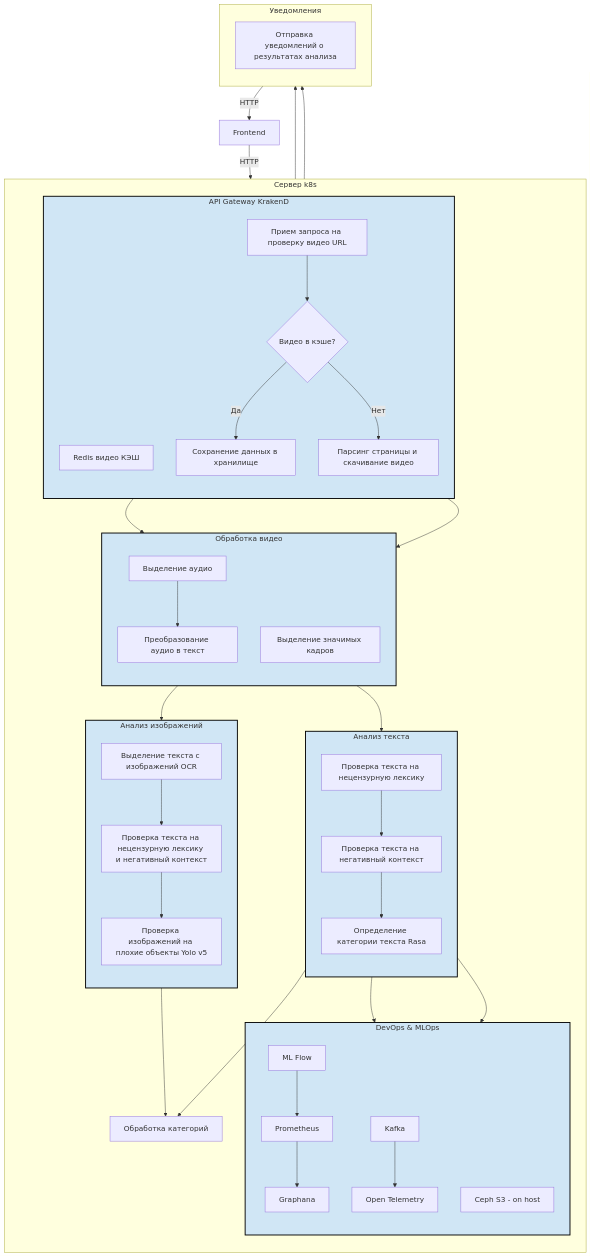
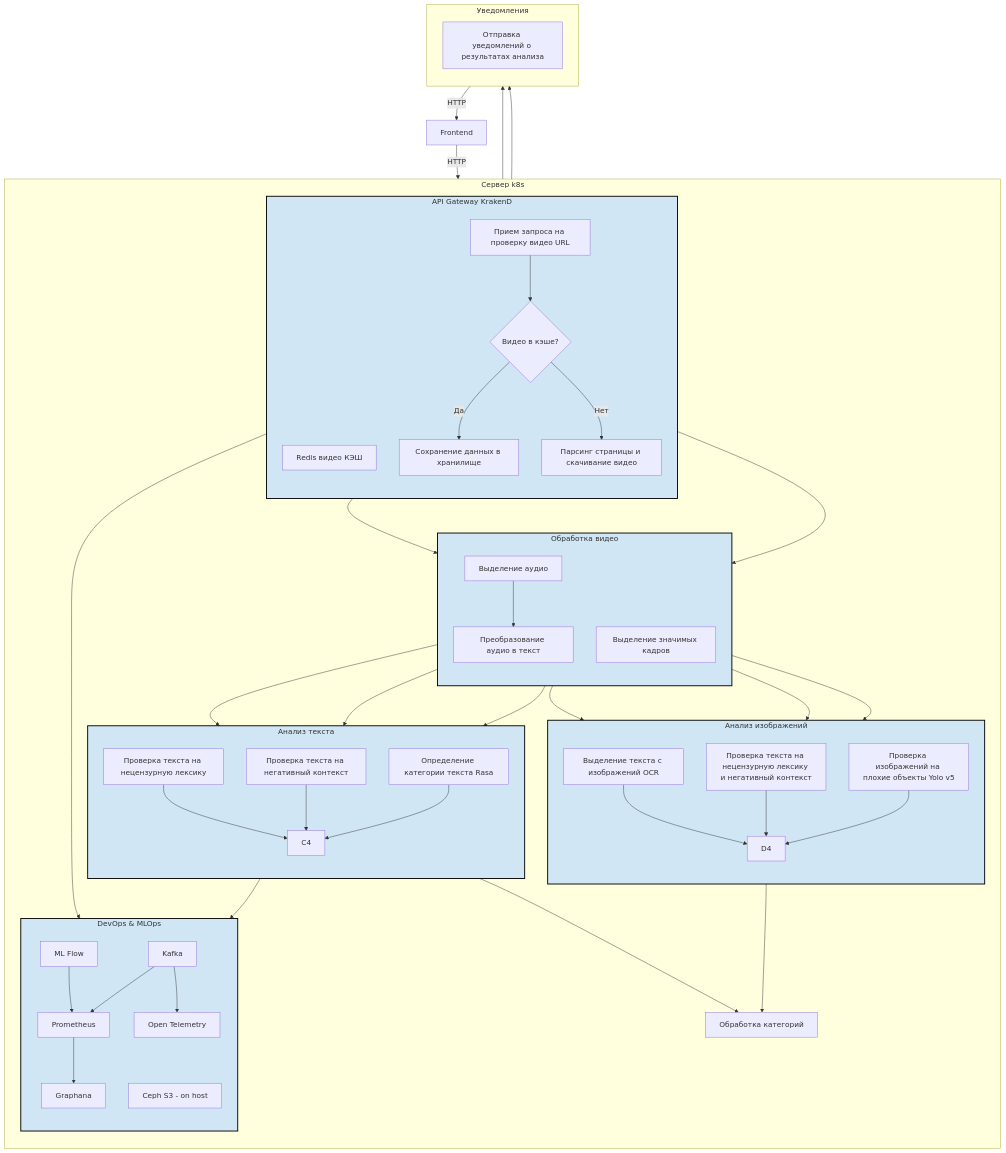
The diagram in README.md (top-secret-hack-for-aqaua/smart-filter-solution), drawn with Mermaid before and after one commit.

```diff
--- a/README.md
+++ b/README.md
@@ -26,6 +26,7 @@
             C1[Проверка текста на нецензурную лексику]
             C2[Проверка текста на негативный контекст]
             C3[Определение категории текста Rasa]
+            C4
         end
 
         subgraph ImageAnalysis[Анализ изображений]
@@ -33,6 +34,7 @@
             D1[Выделение текста с изображений OCR]
             D2[Проверка текста на нецензурную лексику и негативный контекст]
             D3[Проверка изображений на плохие объекты Yolo v5]
+            D4
         end
 
         subgraph Ops[DevOps & MLOps]
@@ -61,20 +63,25 @@
     A2 -->|Нет| A3
     A3 --> B1 & B2
     B1 --> B3
-    B2 --> D1
+    B2 --> D1 & D2 & D3
     B3 --> C1
-    C1 --> C2
-    C2 --> C3
-    D1 --> D2
-    D2 --> D3
-    C3 --> Acolision
-    D3 --> Acolision
+    B3 --> C2
+    B3 --> C3
+    C1 --> C4
+    C2 --> C4
+    D1 --> D4
+    D2 --> D4
+    C4 --> Acolision
+    D3 --> D4
+    D4 --> Acolision
     Acolision --> E1
     A4 --> E1
-    C3 --> P1
+    AGW --> P1
+    Kafka --> P1
     P1 --> G1
     MLF --> P1
-    C3 --> MLF
+    C3 --> C4
+    C4 --> MLF
     Kafka --> OT
     E1 -->|HTTP| Frontend
 
```
